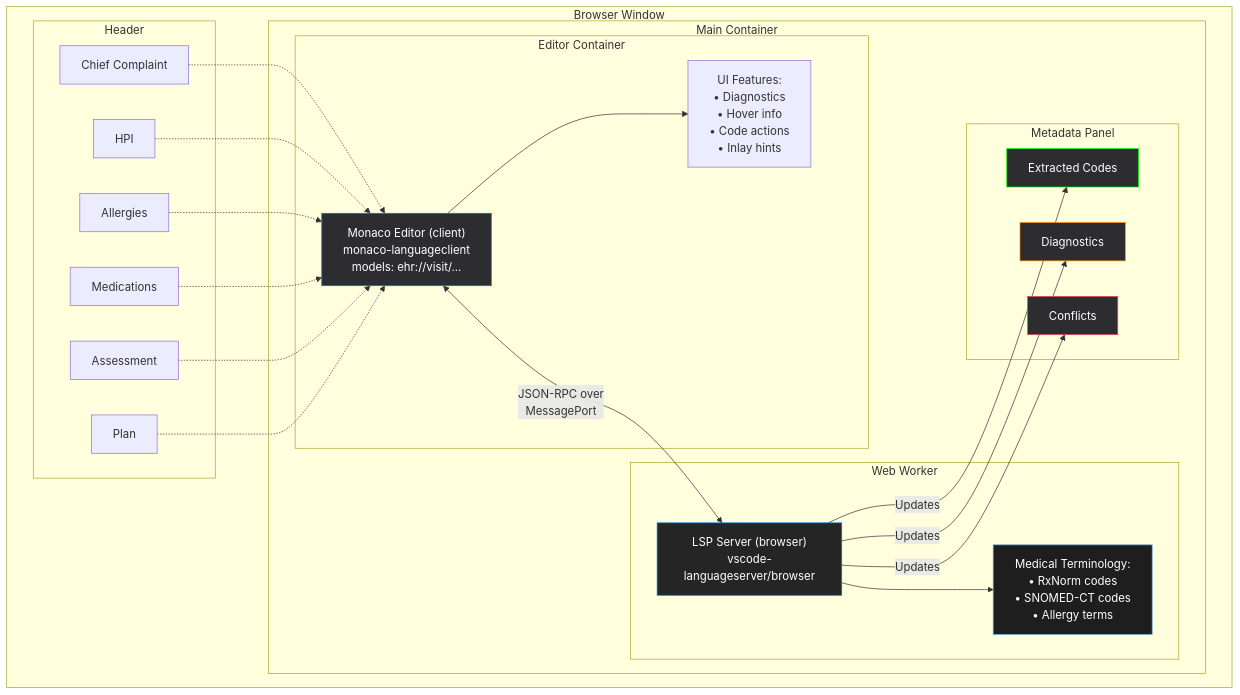
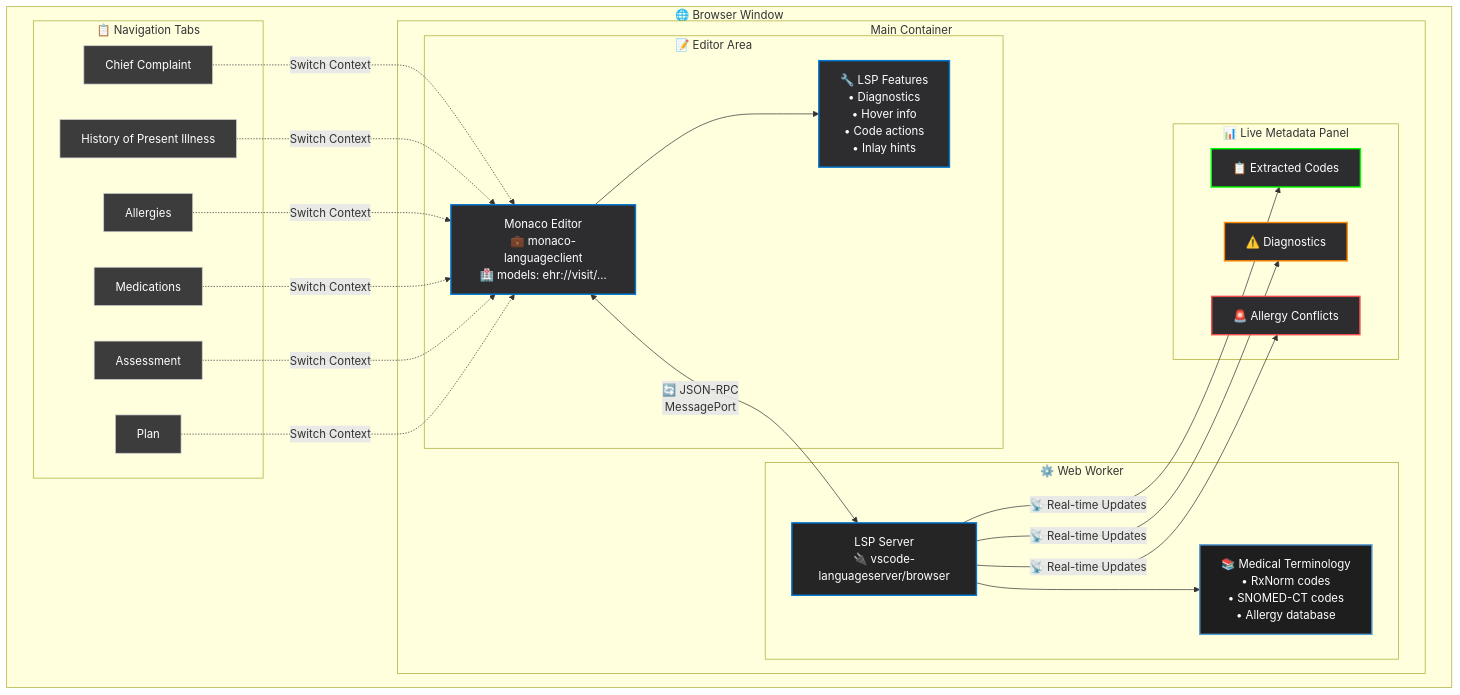
The diagram in README.md (mieweb/yAbleFish), drawn with Mermaid before and after one commit.

Commit message:
Refactor architecture diagram in README.md for improved clarity and organization

````diff
--- a/README.md
+++ b/README.md
@@ -49,52 +49,64 @@
 ```mermaid
 graph TB
-    subgraph "Browser Window"
-        subgraph "Header"
-            A[Chief Complaint] 
-            B[HPI] 
-            C[Allergies] 
-            D[Medications] 
-            E[Assessment] 
-            F[Plan]
+    subgraph Browser["🌐 Browser Window"]
+        subgraph Tabs["📋 Navigation Tabs"]
+            ChiefComplaint["Chief Complaint"]
+            HPI["History of Present Illness"]
+            Allergies["Allergies"]
+            Medications["Medications"]
+            Assessment["Assessment"]
+            Plan["Plan"]
         end
         
-        subgraph "Main Container"
-            subgraph "Editor Container"
-                G["Monaco Editor (client)<br/>monaco-languageclient<br/>models: ehr://visit/..."]
-                H["UI Features:<br/>• Diagnostics<br/>• Hover info<br/>• Code actions<br/>• Inlay hints"]
+        subgraph MainContainer["Main Container"]
+            subgraph EditorArea["📝 Editor Area"]
+                MonacoEditor["Monaco Editor<br/>💼 monaco-languageclient<br/>🏥 models: ehr://visit/..."]
+                UIFeatures["🔧 LSP Features<br/>• Diagnostics<br/>• Hover info<br/>• Code actions<br/>• Inlay hints"]
             end
             
-            subgraph "Web Worker"
-                I["LSP Server (browser)<br/>vscode-languageserver/browser"]
-                J["Medical Terminology:<br/>• RxNorm codes<br/>• SNOMED-CT codes<br/>• Allergy terms"]
+            subgraph WorkerThread["⚙️ Web Worker"]
+                LSPServer["LSP Server<br/>🔌 vscode-languageserver/browser"]
+                Terminology["📚 Medical Terminology<br/>• RxNorm codes<br/>• SNOMED-CT codes<br/>• Allergy database"]
             end
             
-            subgraph "Metadata Panel"
-                K["Extracted Codes"]
-                L["Diagnostics"]
-                M["Conflicts"]
+            subgraph MetadataPanel["📊 Live Metadata Panel"]
+                ExtractedCodes["📋 Extracted Codes"]
+                Diagnostics["⚠️ Diagnostics"]
+                Conflicts["🚨 Allergy Conflicts"]
             end
         end
     end
     
-    G <-->|JSON-RPC over<br/>MessagePort| I
-    I --> J
-    G --> H
-    I -->|Updates| K
-    I -->|Updates| L
-    I -->|Updates| M
+    %% Communication flows
+    MonacoEditor <-->|"🔄 JSON-RPC<br/>MessagePort"| LSPServer
+    LSPServer --> Terminology
+    MonacoEditor --> UIFeatures
+    LSPServer -->|"📡 Real-time Updates"| ExtractedCodes
+    LSPServer -->|"📡 Real-time Updates"| Diagnostics
+    LSPServer -->|"📡 Real-time Updates"| Conflicts
     
-    A -.-> G
-    B -.-> G
-    C -.-> G
-    D -.-> G
-    E -.-> G
-    F -.-> G
+    %% Tab interactions
+    ChiefComplaint -.->|"Switch Context"| MonacoEditor
+    HPI -.->|"Switch Context"| MonacoEditor
+    Allergies -.->|"Switch Context"| MonacoEditor
+    Medications -.->|"Switch Context"| MonacoEditor
+    Assessment -.->|"Switch Context"| MonacoEditor
+    Plan -.->|"Switch Context"| MonacoEditor
     
-    style G fill:#2d2d30,stroke:#0078d4,color:#fff
-    style I fill:#252526,stroke:#0078d4,color:#fff
-    style J fill:#1e1e1e,stroke:#569cd6,color:#fff
-    style K fill:#2d2d30,stroke:#00ff00,color:#fff
-    style L fill:#2d2d30,stroke:#ff8c00,color:#fff
-    style M fill:#2d2d30,stroke:#f14c4c,color:#fff
+    %% Styling with VS Code theme colors
+    classDef editor fill:#2d2d30,stroke:#0078d4,stroke-width:2px,color:#fff
+    classDef worker fill:#252526,stroke:#0078d4,stroke-width:2px,color:#fff
+    classDef terminology fill:#1e1e1e,stroke:#569cd6,stroke-width:2px,color:#fff
+    classDef metadata fill:#2d2d30,stroke:#00ff00,stroke-width:2px,color:#fff
+    classDef diagnostics fill:#2d2d30,stroke:#ff8c00,stroke-width:2px,color:#fff
+    classDef conflicts fill:#2d2d30,stroke:#f14c4c,stroke-width:2px,color:#fff
+    classDef tabs fill:#3c3c3c,stroke:#cccccc,stroke-width:1px,color:#fff
+    
+    class MonacoEditor,UIFeatures editor
+    class LSPServer worker
+    class Terminology terminology
+    class ExtractedCodes metadata
+    class Diagnostics diagnostics
+    class Conflicts conflicts
+    class ChiefComplaint,HPI,Allergies,Medications,Assessment,Plan tabs
 ```
````
